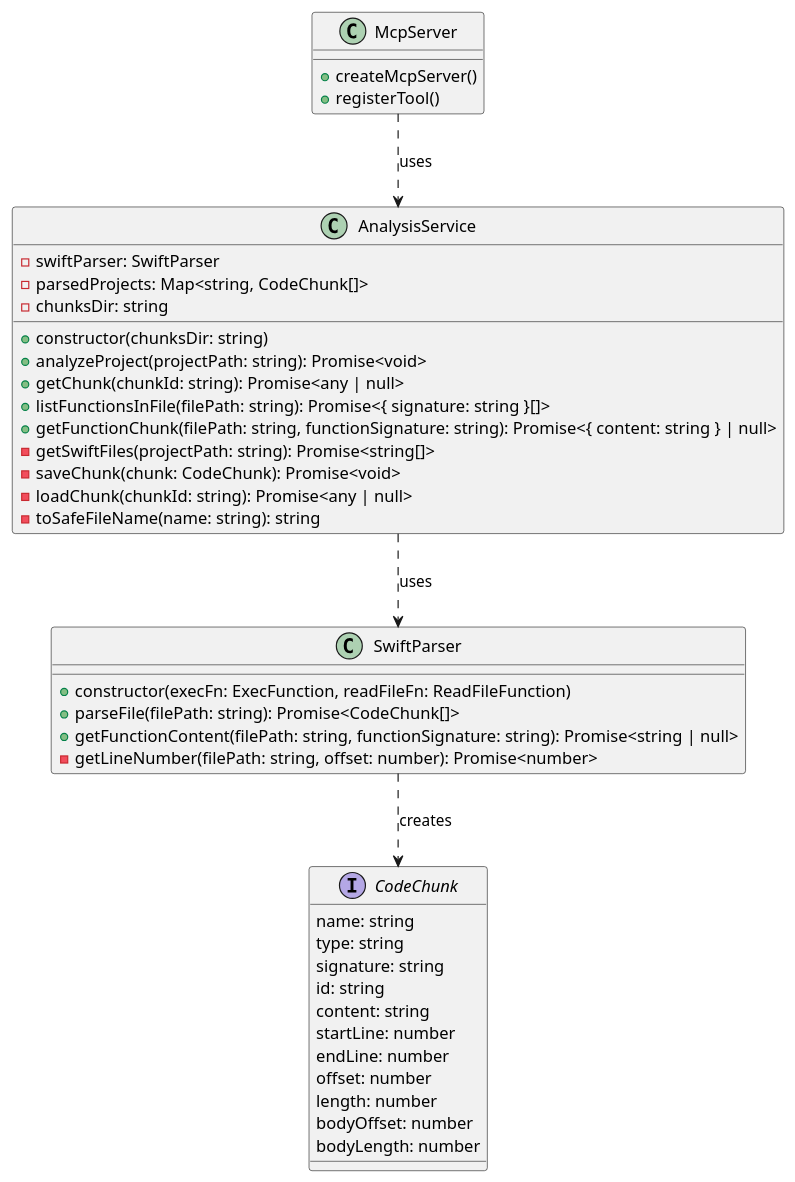
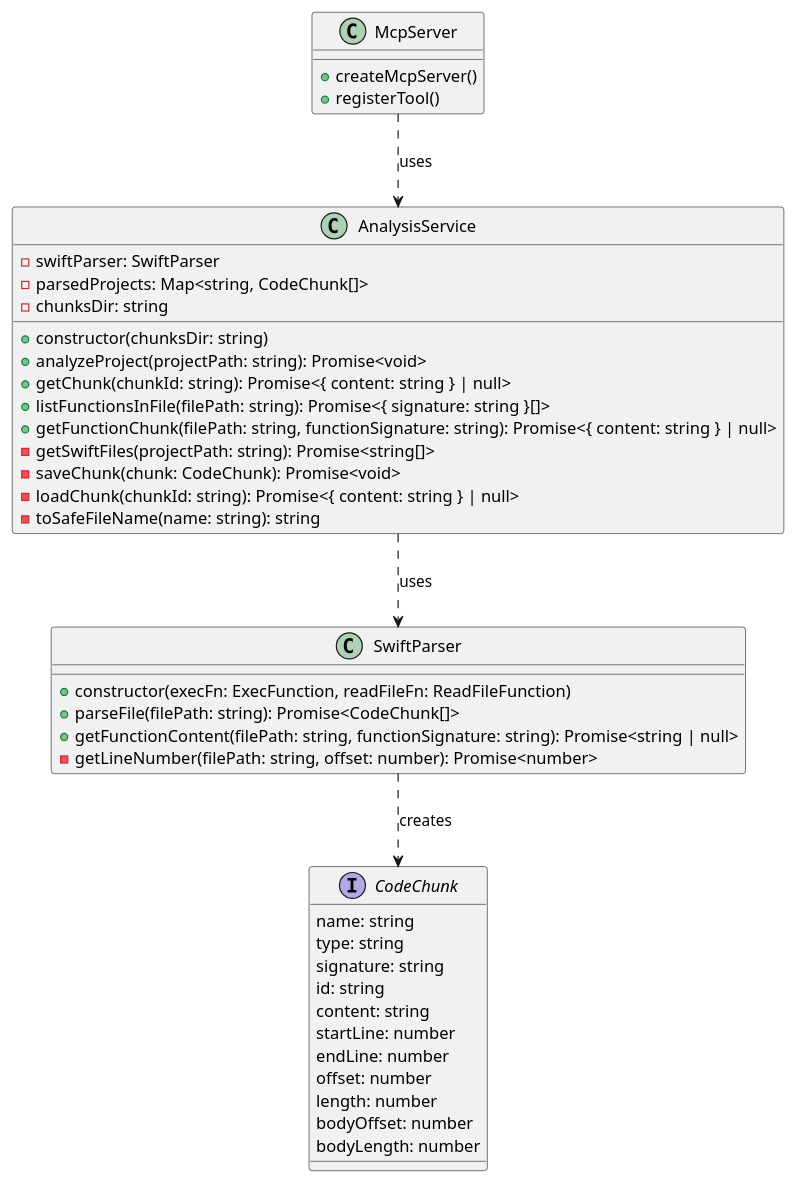
The diagram in doc/diagrams/class_diagram.puml (aoitan/project-analyzer-mcp), drawn with PlantUML before and after one commit. The commit also changed 4 other files, not shown here.

```diff
--- a/doc/diagrams/class_diagram.puml
+++ b/doc/diagrams/class_diagram.puml
@@ -1,48 +1,48 @@
 @startuml
 
 class McpServer {
   + createMcpServer()
   + registerTool()
 }
 
 class AnalysisService {
   - swiftParser: SwiftParser
   - parsedProjects: Map<string, CodeChunk[]>
   - chunksDir: string
   + constructor(chunksDir: string)
   + analyzeProject(projectPath: string): Promise<void>
-  + getChunk(chunkId: string): Promise<any | null>
+  + getChunk(chunkId: string): Promise<{ content: string } | null>
   + listFunctionsInFile(filePath: string): Promise<{ signature: string }[]>
   + getFunctionChunk(filePath: string, functionSignature: string): Promise<{ content: string } | null>
   - getSwiftFiles(projectPath: string): Promise<string[]>
   - saveChunk(chunk: CodeChunk): Promise<void>
-  - loadChunk(chunkId: string): Promise<any | null>
+  - loadChunk(chunkId: string): Promise<{ content: string } | null>
   - toSafeFileName(name: string): string
 }
 
 class SwiftParser {
   + constructor(execFn: ExecFunction, readFileFn: ReadFileFunction)
   + parseFile(filePath: string): Promise<CodeChunk[]>
   + getFunctionContent(filePath: string, functionSignature: string): Promise<string | null>
   - getLineNumber(filePath: string, offset: number): Promise<number>
 }
 
 interface CodeChunk {
   name: string
   type: string
   signature: string
   id: string
   content: string
   startLine: number
   endLine: number
   offset: number
   length: number
   bodyOffset: number
   bodyLength: number
 }
 
 McpServer ..> AnalysisService : uses
 AnalysisService ..> SwiftParser : uses
 SwiftParser ..> CodeChunk : creates
 
 @enduml
```
